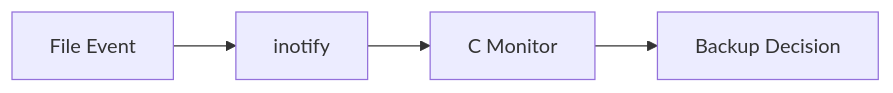
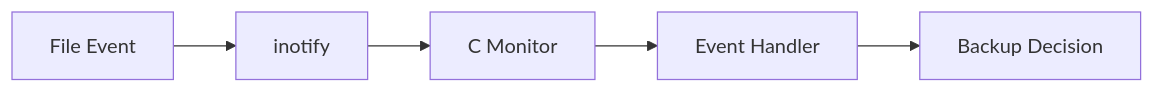
Before and after one commit to khushi10-coder/OS-PROJECT: the fourth of 13 diagrams in README.md, drawn with Mermaid. The commit also changed other lines of this file, not shown here.

````diff
--- a/README.md
+++ b/README.md
@@ -108,6 +160,7 @@
 ```mermaid
 flowchart LR
     A["File Event"] --> B["inotify"]
     B --> C["C Monitor"]
-    C --> D["Backup Decision"]
+    C --> D["Event Handler"]
+    D --> E["Backup Decision"]
 ```
````
